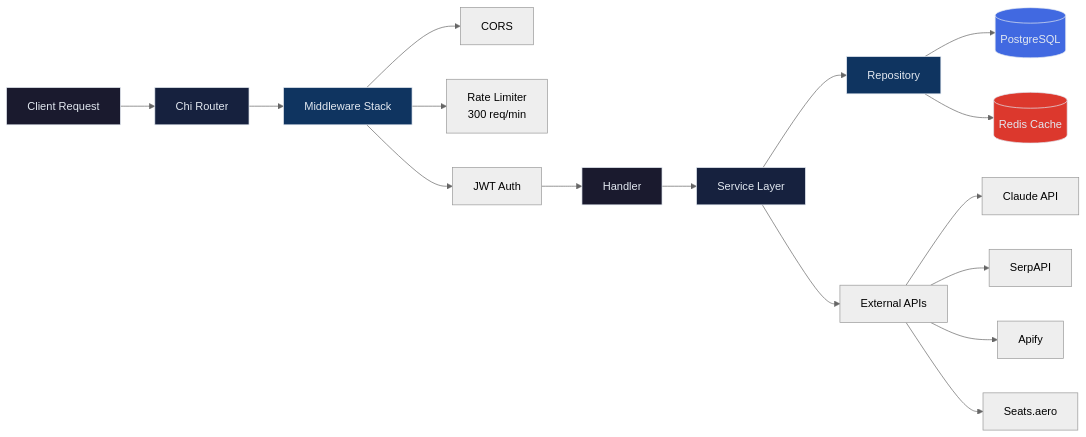
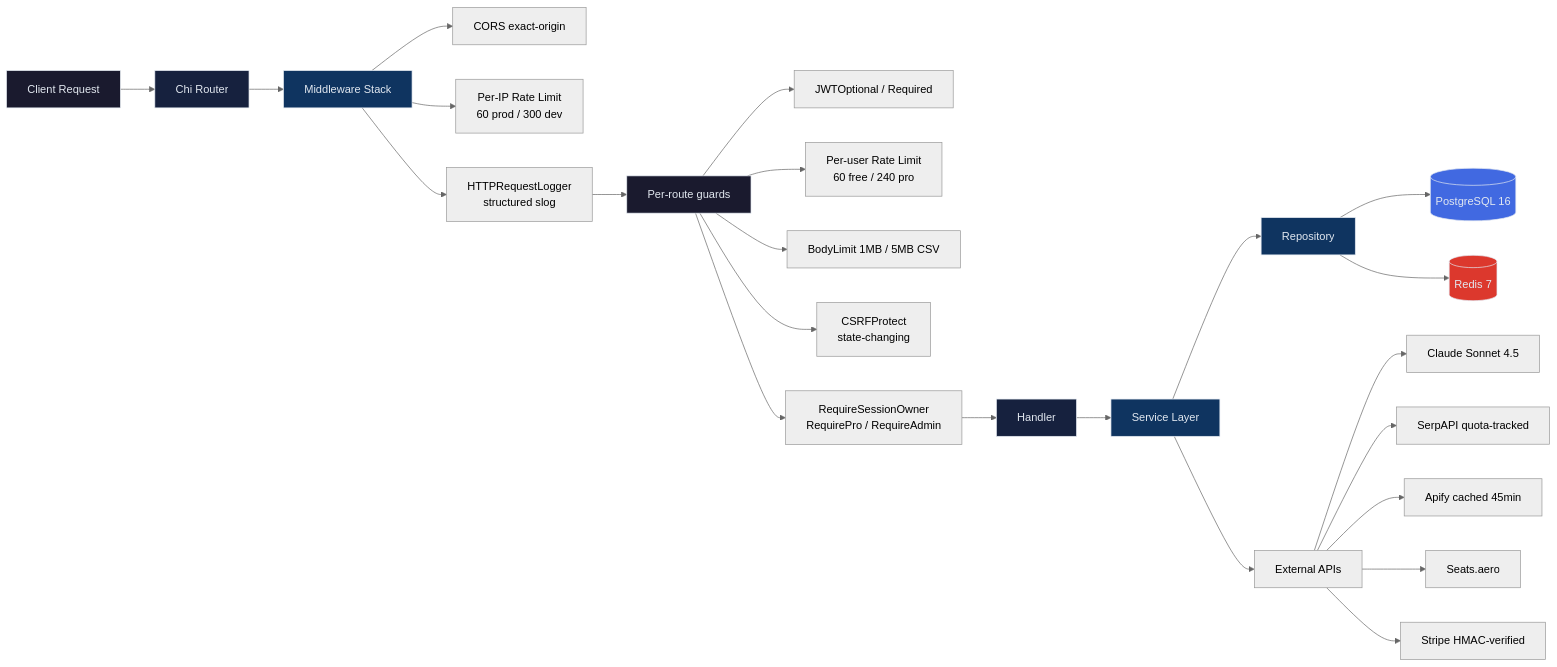
One commit to sahnia3/maplerewards changed the diagram in README.md. Above: the diagram before and after it, drawn with Mermaid (neutral theme). The commit also changed other lines of this file and 29 other files, not shown here.

````diff
--- a/README.md
+++ b/README.md
@@ -43,27 +46,35 @@
 ```mermaid
 flowchart LR
     A[Client Request] --> B[Chi Router]
     B --> C[Middleware Stack]
-    C --> C1[CORS]
-    C --> C2[Rate Limiter\n300 req/min]
-    C --> C3[JWT Auth]
-    C3 --> D[Handler]
-    D --> E[Service Layer]
-    E --> F[Repository]
-    F --> G[(PostgreSQL)]
-    F --> H[(Redis Cache)]
-    E --> I[External APIs]
-    I --> I1[Claude API]
-    I --> I2[SerpAPI]
-    I --> I3[Apify]
-    I --> I4[Seats.aero]
+    C --> C1[CORS exact-origin]
+    C --> C2[Per-IP Rate Limit<br/>60 prod / 300 dev]
+    C --> C3[HTTPRequestLogger<br/>structured slog]
+    C3 --> D[Per-route guards]
+    D --> D1[JWTOptional / Required]
+    D --> D2[Per-user Rate Limit<br/>60 free / 240 pro]
+    D --> D3[BodyLimit 1MB / 5MB CSV]
+    D --> D4[CSRFProtect<br/>state-changing]
+    D --> D5[RequireSessionOwner<br/>RequirePro / RequireAdmin]
+    D5 --> E[Handler]
+    E --> F[Service Layer]
+    F --> G[Repository]
+    G --> H[(PostgreSQL 16)]
+    G --> I[(Redis 7)]
+    F --> J[External APIs]
+    J --> J1[Claude Sonnet 4.5]
+    J --> J2[SerpAPI quota-tracked]
+    J --> J3[Apify cached 45min]
+    J --> J4[Seats.aero]
+    J --> J5[Stripe HMAC-verified]
 
     style A fill:#1a1a2e,stroke:#e2e8f0,color:#e2e8f0
     style B fill:#16213e,stroke:#e2e8f0,color:#e2e8f0
     style C fill:#0f3460,stroke:#e2e8f0,color:#e2e8f0
     style D fill:#1a1a2e,stroke:#e2e8f0,color:#e2e8f0
     style E fill:#16213e,stroke:#e2e8f0,color:#e2e8f0
     style F fill:#0f3460,stroke:#e2e8f0,color:#e2e8f0
-    style G fill:#4169E1,stroke:#e2e8f0,color:#e2e8f0
-    style H fill:#DC382D,stroke:#e2e8f0,color:#e2e8f0
+    style G fill:#0f3460,stroke:#e2e8f0,color:#e2e8f0
+    style H fill:#4169E1,stroke:#e2e8f0,color:#e2e8f0
+    style I fill:#DC382D,stroke:#e2e8f0,color:#e2e8f0
 ```
````
